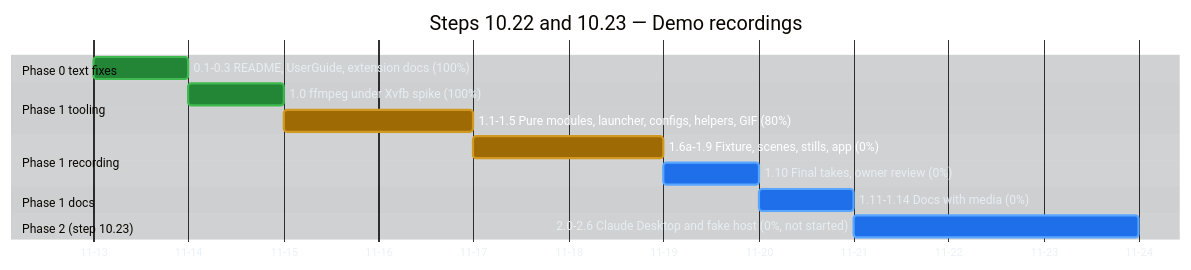
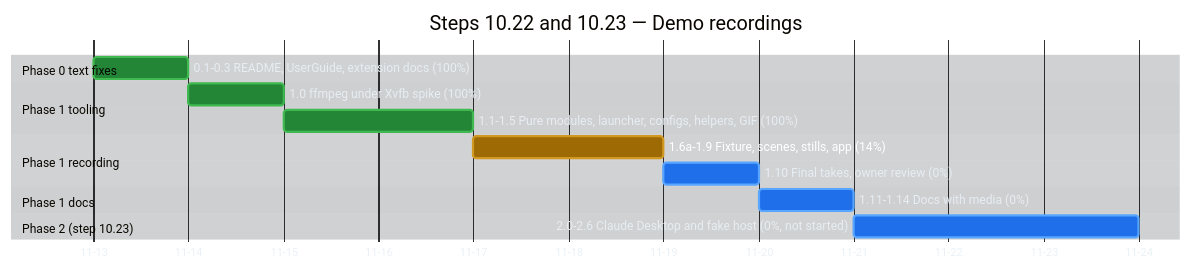
Before and after one commit to raulkivi/agent-cost-analyzer: the second of 4 diagrams in docs/implementation-plan-gantt.md, drawn with Mermaid. The commit also changed other lines of this file and 1 other file, not shown here.

Commit message:
docs(10.22): 1.4 merged; tooling 1.1-1.5 done

````diff
--- a/docs/implementation-plan-gantt.md
+++ b/docs/implementation-plan-gantt.md
@@ -135,51 +135,51 @@
 ```mermaid
 %%{init: {
   "theme": "base",
   "themeVariables": {
     "darkMode": true,
     "background": "#0d1117",
     "textColor": "#e6edf3",
     "primaryTextColor": "#e6edf3",
     "lineColor": "#8b949e",
     "sectionBkgColor": "#161b22",
     "sectionBkgColor2": "#1c2129",
     "altSectionBkgColor": "#0d1117",
     "gridColor": "#30363d",
     "excludeBkgColor": "#161b22",
     "todayLineColor": "#f85149",
     "taskBkgColor": "#1f6feb",
     "taskBorderColor": "#58a6ff",
     "taskTextColor": "#ffffff",
     "taskTextLightColor": "#ffffff",
     "taskTextDarkColor": "#ffffff",
     "taskTextOutsideColor": "#e6edf3",
     "doneTaskBkgColor": "#238636",
     "doneTaskBorderColor": "#3fb950",
     "activeTaskBkgColor": "#9e6a03",
     "activeTaskBorderColor": "#d29922",
     "critBkgColor": "#da3633",
     "critBorderColor": "#f85149"
   }
 }}%%
 gantt
     title Steps 10.22 and 10.23 — Demo recordings
     dateFormat YYYY-MM-DD
     axisFormat %m-%d
 
     section Phase 0 text fixes
     0.1-0.3 README, UserGuide, extension docs (100%) :done, d0, 2026-11-13, 1d
 
     section Phase 1 tooling
     1.0 ffmpeg under Xvfb spike (100%)              :done, d10, after d0, 1d
-    1.1-1.5 Pure modules, launcher, configs, helpers, GIF (80%) :active, d11, after d10, 2d
+    1.1-1.5 Pure modules, launcher, configs, helpers, GIF (100%) :done, d11, after d10, 2d
 
     section Phase 1 recording
-    1.6a-1.9 Fixture, scenes, stills, app (0%)      :active, d16, after d11, 2d
+    1.6a-1.9 Fixture, scenes, stills, app (14%)     :active, d16, after d11, 2d
     1.10 Final takes, owner review (0%)            :d110, after d16, 1d
 
     section Phase 1 docs
     1.11-1.14 Docs with media (0%)                 :d111, after d110, 1d
 
     section Phase 2 (step 10.23)
     2.0-2.6 Claude Desktop and fake host (0%, not started) :d20, after d111, 3d
 ```
````
